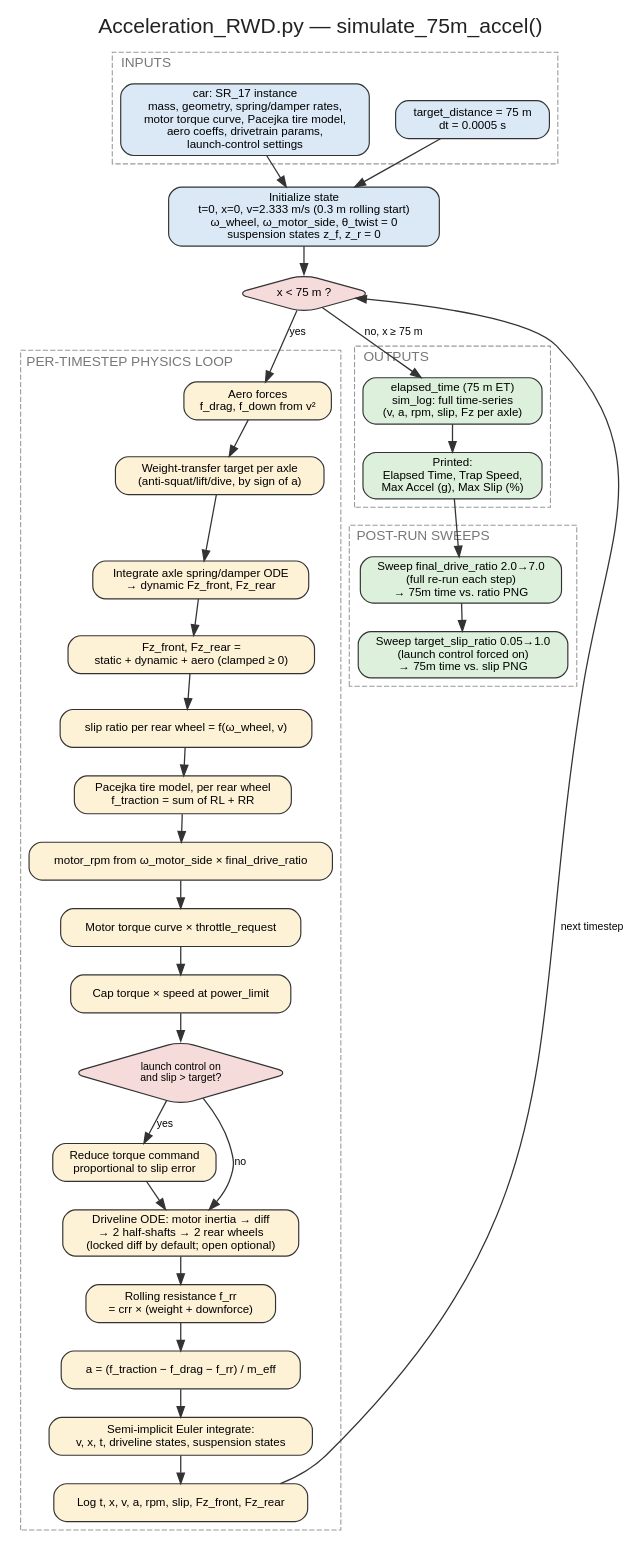
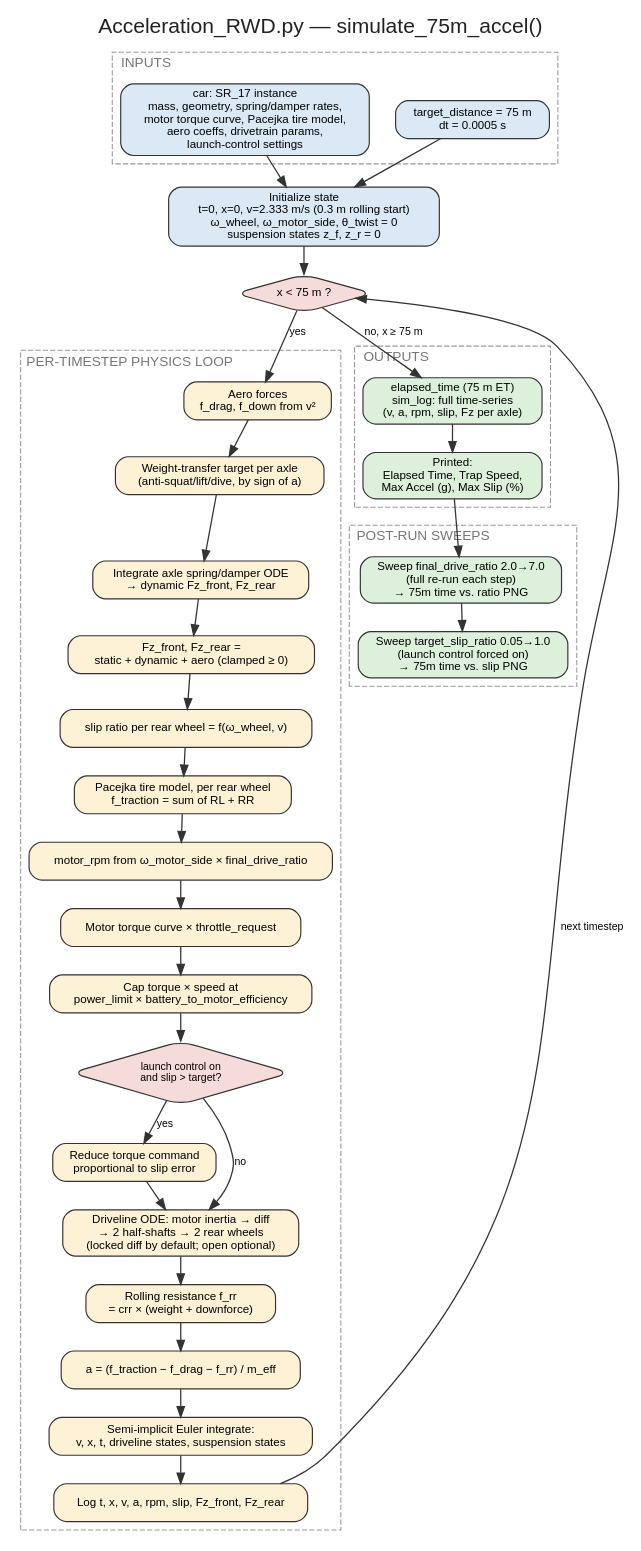
The diagram in LocalSim/Resources/Flowcharts/Acceleration_RWD_flowchart.dot (spartanracingelectric/VehicleSim), drawn with Graphviz before and after one commit. The commit also changed 30 other files, not shown here.

First line of the commit message:
LocalSim: AMK DD5 efficiency map for SR_18, battery-side power limit

```diff
--- a/LocalSim/Resources/Flowcharts/Acceleration_RWD_flowchart.dot
+++ b/LocalSim/Resources/Flowcharts/Acceleration_RWD_flowchart.dot
@@ -1,84 +1,84 @@
 digraph AccelRWD {
     rankdir=TB;
     fontname="Helvetica";
     label="Acceleration_RWD.py — simulate_75m_accel()";
     labelloc="t";
     fontsize=20;
     fontcolor="#222222";
     splines=spline;
     nodesep=0.35;
     ranksep=0.35;
     bgcolor="white";
 
     node [fontname="Helvetica", fontsize=11, style="filled,rounded", shape=box, penwidth=1.1, color="#333333"];
     edge [fontname="Helvetica", fontsize=10, color="#333333", penwidth=1.2];
 
     // ---------------- INPUTS ----------------
     subgraph cluster_inputs {
         label="INPUTS";
         style="dashed"; color="#999999"; fontcolor="#777777"; fontsize=13; labeljust=l;
         car [label="car: SR_17 instance\nmass, geometry, spring/damper rates,\nmotor torque curve, Pacejka tire model,\naero coeffs, drivetrain params,\nlaunch-control settings", fillcolor="#dbe9f6"];
         params [label="target_distance = 75 m\ndt = 0.0005 s", fillcolor="#dbe9f6"];
     }
 
     init [label="Initialize state\nt=0, x=0, v=2.333 m/s (0.3 m rolling start)\nω_wheel, ω_motor_side, θ_twist = 0\nsuspension states z_f, z_r = 0", fillcolor="#dbe9f6"];
     decision [label="x < 75 m ?", shape=diamond, fillcolor="#f6dbdb", fontsize=11];
 
     car -> init;
     params -> init;
     init -> decision;
 
     // ---------------- LOOP ----------------
     subgraph cluster_loop {
         label="PER-TIMESTEP PHYSICS LOOP";
         style="dashed"; color="#999999"; fontcolor="#777777"; fontsize=13; labeljust=l;
 
         aero [label="Aero forces\nf_drag, f_down from v²", fillcolor="#fdf1d6"];
         transfer [label="Weight-transfer target per axle\n(anti-squat/lift/dive, by sign of a)", fillcolor="#fdf1d6"];
         susp [label="Integrate axle spring/damper ODE\n→ dynamic Fz_front, Fz_rear", fillcolor="#fdf1d6"];
         fz [label="Fz_front, Fz_rear =\nstatic + dynamic + aero (clamped ≥ 0)", fillcolor="#fdf1d6"];
         slip [label="slip ratio per rear wheel = f(ω_wheel, v)", fillcolor="#fdf1d6"];
         tire [label="Pacejka tire model, per rear wheel\nf_traction = sum of RL + RR", fillcolor="#fdf1d6"];
         rpm [label="motor_rpm from ω_motor_side × final_drive_ratio", fillcolor="#fdf1d6"];
         torque [label="Motor torque curve × throttle_request", fillcolor="#fdf1d6"];
-        plimit [label="Cap torque × speed at power_limit", fillcolor="#fdf1d6"];
+        plimit [label="Cap torque × speed at\npower_limit × battery_to_motor_efficiency", fillcolor="#fdf1d6"];
         launch [label="launch control on\nand slip > target?", shape=diamond, fillcolor="#f6dbdb", fontsize=10];
         backoff [label="Reduce torque command\nproportional to slip error", fillcolor="#fdf1d6"];
         driveline [label="Driveline ODE: motor inertia → diff\n→ 2 half-shafts → 2 rear wheels\n(locked diff by default; open optional)", fillcolor="#fdf1d6"];
         rr [label="Rolling resistance f_rr\n= crr × (weight + downforce)", fillcolor="#fdf1d6"];
         accel [label="a = (f_traction − f_drag − f_rr) / m_eff", fillcolor="#fdf1d6"];
         euler [label="Semi-implicit Euler integrate:\nv, x, t, driveline states, suspension states", fillcolor="#fdf1d6"];
         logstep [label="Log t, x, v, a, rpm, slip, Fz_front, Fz_rear", fillcolor="#fdf1d6"];
 
         aero -> transfer -> susp -> fz -> slip -> tire -> rpm -> torque -> plimit -> launch;
         launch -> backoff [label="yes"];
         launch -> driveline [label="no"];
         backoff -> driveline;
         driveline -> rr -> accel -> euler -> logstep;
     }
 
     decision -> aero [label="yes"];
     logstep -> decision [label="next timestep", constraint=false];
 
     // ---------------- OUTPUTS ----------------
     subgraph cluster_outputs {
         label="OUTPUTS";
         style="dashed"; color="#999999"; fontcolor="#777777"; fontsize=13; labeljust=l;
         result [label="elapsed_time (75 m ET)\nsim_log: full time-series\n(v, a, rpm, slip, Fz per axle)", fillcolor="#dcf0dc"];
         printed [label="Printed:\nElapsed Time, Trap Speed,\nMax Accel (g), Max Slip (%)", fillcolor="#dcf0dc"];
         result -> printed;
     }
 
     decision -> result [label="no, x ≥ 75 m"];
 
     // ---------------- SWEEPS ----------------
     subgraph cluster_sweeps {
         label="POST-RUN SWEEPS";
         style="dashed"; color="#999999"; fontcolor="#777777"; fontsize=13; labeljust=l;
         sweep1 [label="Sweep final_drive_ratio 2.0→7.0\n(full re-run each step)\n→ 75m time vs. ratio PNG", fillcolor="#dcf0dc"];
         sweep2 [label="Sweep target_slip_ratio 0.05→1.0\n(launch control forced on)\n→ 75m time vs. slip PNG", fillcolor="#dcf0dc"];
         sweep1 -> sweep2;
     }
 
     printed -> sweep1;
 }
```
